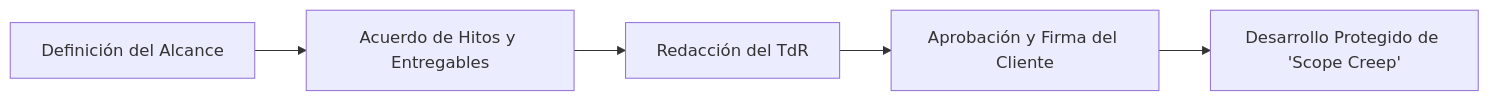
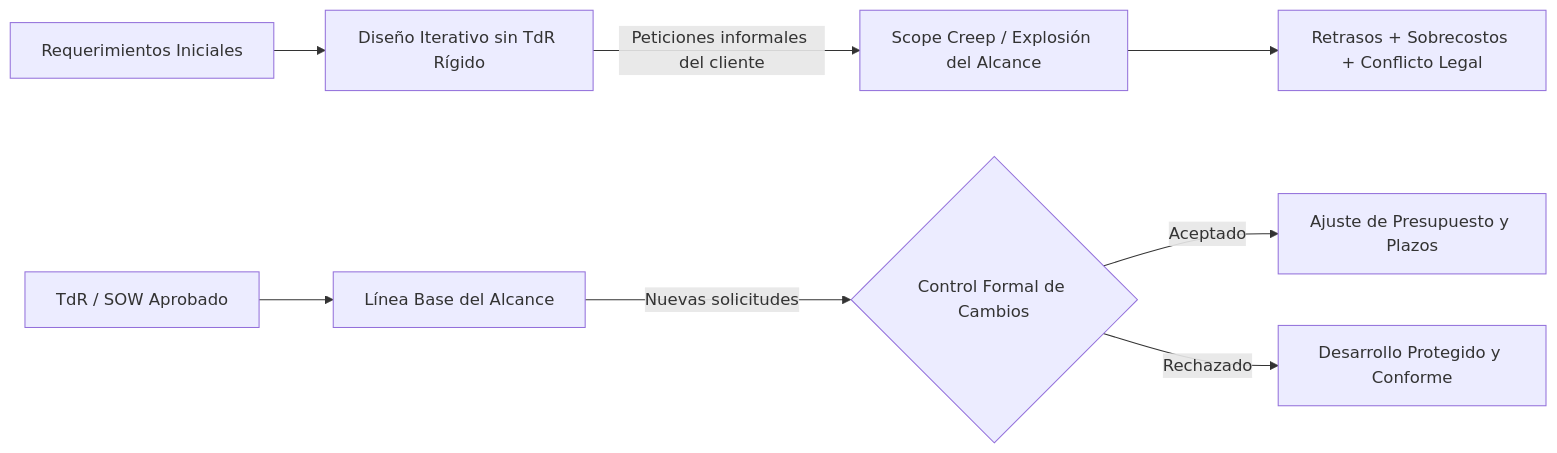
One commit to kalech7/notes changed the first of 3 diagrams in Obsidian/pregrado/Documentos/HCI(human-computer interaction)/tdr terminos de refencia.md. Above: the diagram before and after it, drawn with Mermaid. The commit also changed other lines of this file and 339 other files, not shown here.

Commit message:
feat(pregrado): reorganiza y completa notas de la malla curricular EPN con enfoque pedagogico y diagramas

````diff
--- a/Obsidian/pregrado/Documentos/HCI(human-computer interaction)/tdr terminos de refencia.md
+++ b/Obsidian/pregrado/Documentos/HCI(human-computer interaction)/tdr terminos de refencia.md
@@ -5,7 +27,11 @@
 ```mermaid
 flowchart LR
-    A[Definición del Alcance] --> B[Acuerdo de Hitos y Entregables]
-    B --> C[Redacción del TdR]
-    C --> D[Aprobación y Firma del Cliente]
-    D --> E[Desarrollo Protegido de 'Scope Creep']
+    A[Requerimientos Iniciales] --> B[Diseño Iterativo sin TdR Rígido]
+    B -->|Peticiones informales del cliente| C[Scope Creep / Explosión del Alcance]
+    C --> D[Retrasos + Sobrecostos + Conflicto Legal]
+
+    E[TdR / SOW Aprobado] --> F[Línea Base del Alcance]
+    F -->|Nuevas solicitudes| G{Control Formal de Cambios}
+    G -->|Aceptado| H[Ajuste de Presupuesto y Plazos]
+    G -->|Rechazado| I[Desarrollo Protegido y Conforme]
 ```
````
